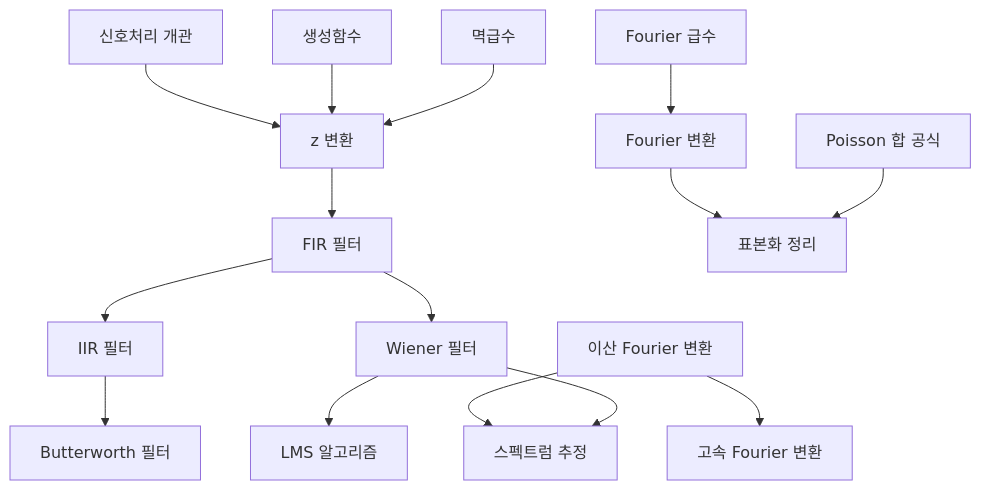
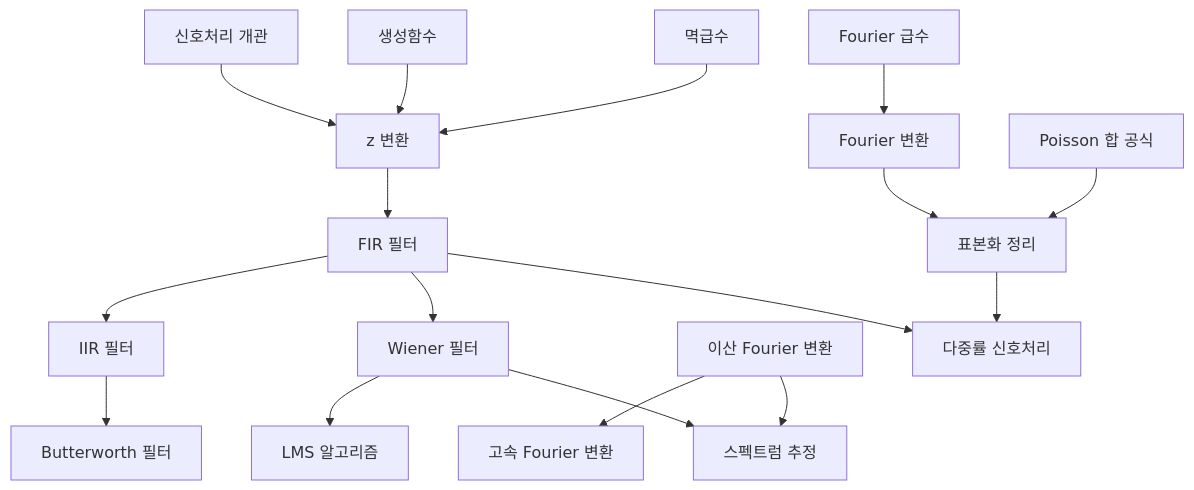
Before and after one commit to Phryxia/math-map: the diagram in docs/signal-processing-overview.md, drawn with Mermaid. The commit also changed other lines of this file and 4 other files, not shown here.

````diff
--- a/docs/signal-processing-overview.md
+++ b/docs/signal-processing-overview.md
@@ -11,17 +11,19 @@
 ```mermaid
 graph TD
   SPO["신호처리 개관"] --> ZT["z 변환"]
   GF["생성함수"] --> ZT
   PS["멱급수"] --> ZT
   ZT --> FIR["FIR 필터"]
   FIR --> IIR["IIR 필터"]
   IIR --> BW["Butterworth 필터"]
   FIR --> WF["Wiener 필터"]
   WF --> LMS["LMS 알고리즘"]
   FS["Fourier 급수"] --> FT["Fourier 변환"]
   FT --> ST["표본화 정리"]
   PSF["Poisson 합 공식"] --> ST
   DFT["이산 Fourier 변환"] --> FFT["고속 Fourier 변환"]
   DFT --> SE["스펙트럼 추정"]
   WF --> SE
+  ST --> MR["다중률 신호처리"]
+  FIR --> MR
 ```
````
